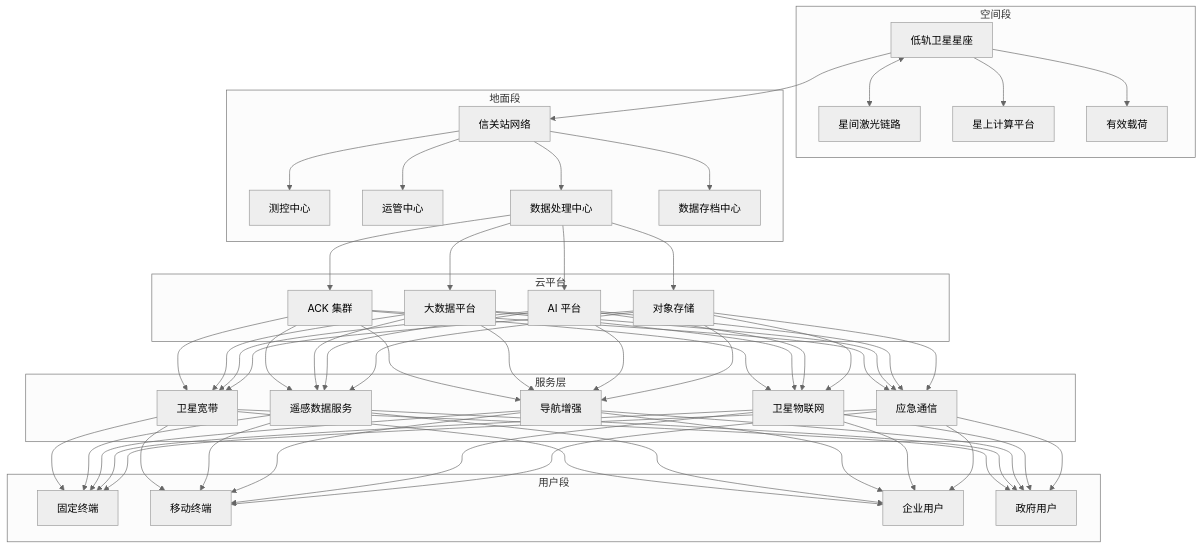
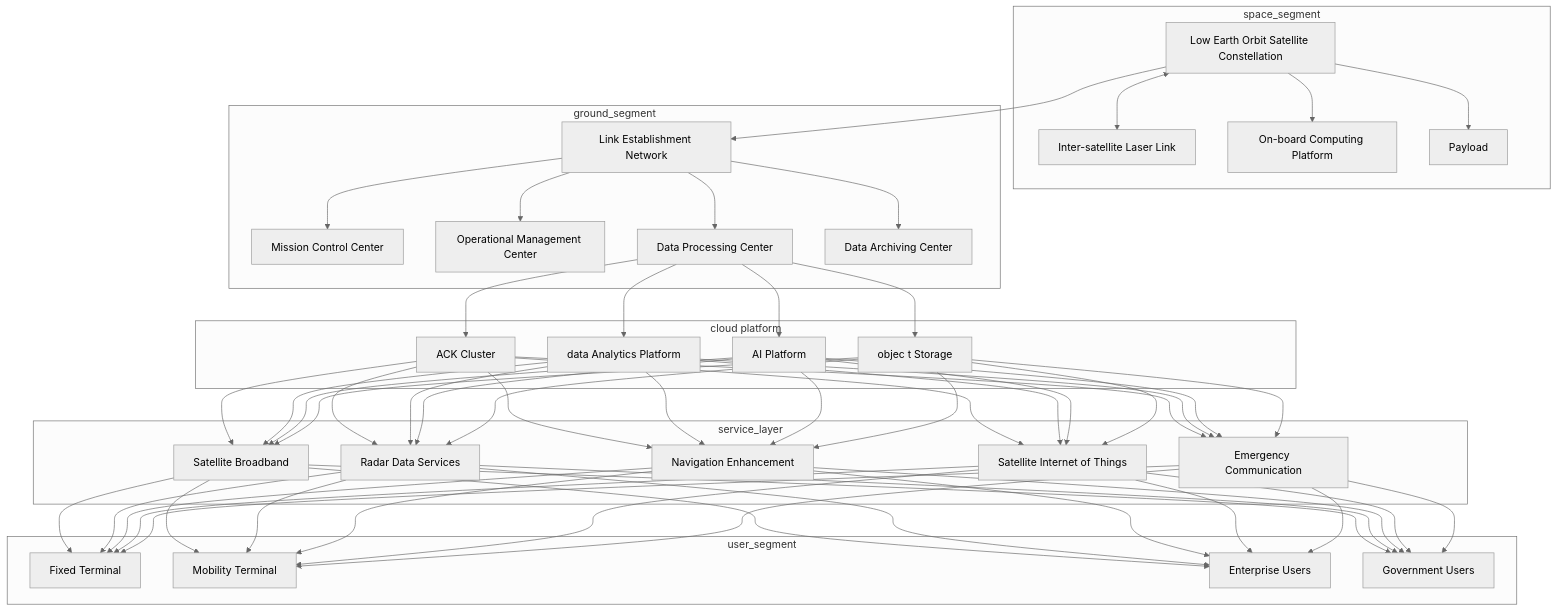
Before and after one commit to teaglebuilt/knowledge-tree: the first of 4 diagrams in tree/application/architecture/space-internet.md, drawn with Mermaid (neutral theme). The commit also changed other lines of this file and 7 other files, not shown here.

````diff
--- a/tree/application/architecture/space-internet.md
+++ b/tree/application/architecture/space-internet.md
@@ -120,48 +120,48 @@
 ```mermaid
 graph TB
-    subgraph 空间段
-        SAT1[低轨卫星星座]
-        SAT2[星间激光链路]
-        SAT3[星上计算平台]
-        SAT4[有效载荷]
+    subgraph space_segment
+        SAT1[Low Earth Orbit Satellite Constellation]
+        SAT2[Inter-satellite Laser Link]
+        SAT3[On-board Computing Platform]
+        SAT4[Payload]
     end
 
-    subgraph 地面段
-        G1[信关站网络]
-        G2[测控中心]
-        G3[运管中心]
-        G4[数据处理中心]
-        G5[数据存档中心]
+    subgraph ground_segment
+        G1[Link Establishment Network]
+        G2[Mission Control Center]
+        G3[Operational Management Center]
+        G4[Data Processing Center]
+        G5[Data Archiving Center]
     end
 
-    subgraph 用户段
-        U1[固定终端]
-        U2[移动终端]
-        U3[企业用户]
-        U4[政府用户]
+    subgraph user_segment
+        U1[Fixed Terminal]
+        U2[Mobility Terminal]
+        U3[Enterprise Users]
+        U4[Government Users]
     end
 
-    subgraph 服务层
-        S1[卫星宽带]
-        S2[遥感数据服务]
-        S3[导航增强]
-        S4[卫星物联网]
-        S5[应急通信]
+    subgraph service_layer
+        S1[Satellite Broadband]
+        S2[Radar Data Services]
+        S3[Navigation Enhancement]
+        S4[Satellite Internet of Things]
+        S5[Emergency Communication]
     end
 
-    subgraph 云平台
-        C1[ACK 集群]
-        C2[大数据平台]
-        C3[AI 平台]
-        C4[对象存储]
+    subgraph cloud platform
+        C1[ACK Cluster]
+        C2[data Analytics Platform]
+        C3[AI Platform]
+        C4[objec t Storage]
     end
 
     SAT1 <--> SAT2
     SAT1 --> SAT3
     SAT1 --> SAT4
     SAT1 --> G1
     G1 --> G2 & G3 & G4 & G5
     G4 --> C1 & C2 & C3 & C4
     C1 & C2 & C3 & C4 --> S1 & S2 & S3 & S4 & S5
     S1 & S2 & S3 & S4 & S5 --> U1 & U2 & U3 & U4
 ```
````
